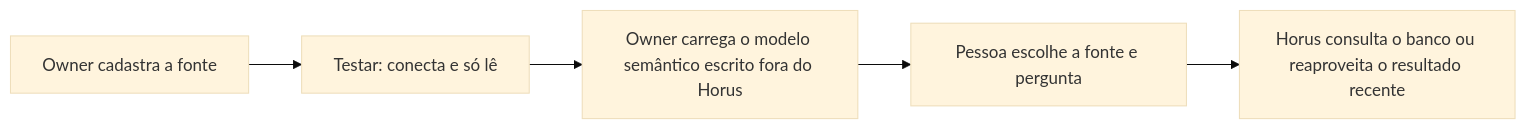
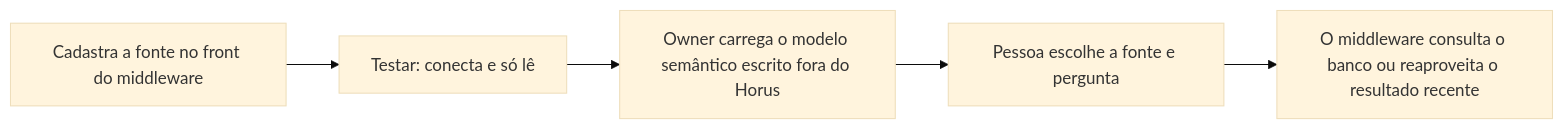
The diagram in docs/leitura/mfs/mf-104-conectar-as-fontes-vivas.md (fabioabr/horus-v2-docs), drawn with Mermaid (base theme) before and after one commit. The commit also changed other lines of this file and 49 other files, not shown here.

````diff
--- a/docs/leitura/mfs/mf-104-conectar-as-fontes-vivas.md
+++ b/docs/leitura/mfs/mf-104-conectar-as-fontes-vivas.md
@@ -104,7 +115,7 @@
 ```mermaid
 flowchart LR
-  a[Owner cadastra a fonte] --> b[Testar: conecta e só lê]
+  a[Cadastra a fonte no front do middleware] --> b[Testar: conecta e só lê]
   b --> c[Owner carrega o modelo semântico escrito fora do Horus]
   c --> d[Pessoa escolhe a fonte e pergunta]
-  d --> e[Horus consulta o banco ou reaproveita o resultado recente]
+  d --> e[O middleware consulta o banco ou reaproveita o resultado recente]
 ```
````
